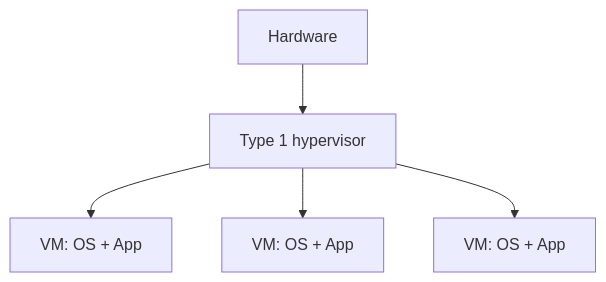
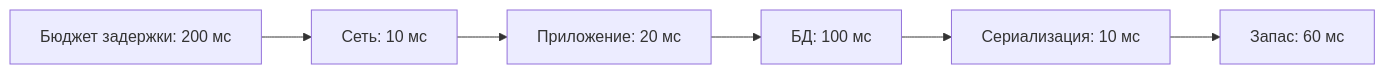
One commit to Kert0n/KPO changed the fifth of 13 diagrams in content/lectures/Lec9/vitepress.md. Above: the diagram before and after it, drawn with Mermaid. The commit also changed other lines of this file, not shown here.

````diff
--- a/content/lectures/Lec9/vitepress.md
+++ b/content/lectures/Lec9/vitepress.md
@@ -187,7 +535,8 @@
 ```mermaid
-flowchart TD
-    Hardware["Hardware"] --> Hypervisor["Type 1 hypervisor"]
-    Hypervisor --> VM1["VM: OS + App"]
-    Hypervisor --> VM2["VM: OS + App"]
-    Hypervisor --> VM3["VM: OS + App"]
+flowchart LR
+    Budget["Бюджет задержки: 200 мс"] --> Network["Сеть: 10 мс"]
+    Network --> App["Приложение: 20 мс"]
+    App --> DB["БД: 100 мс"]
+    DB --> Serial["Сериализация: 10 мс"]
+    Serial --> Remains["Запас: 60 мс"]
 ```
````
